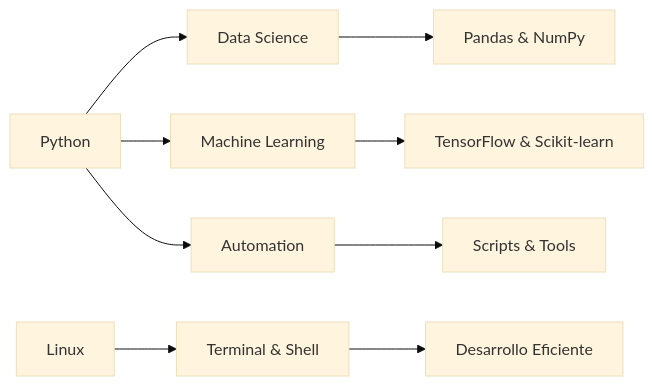
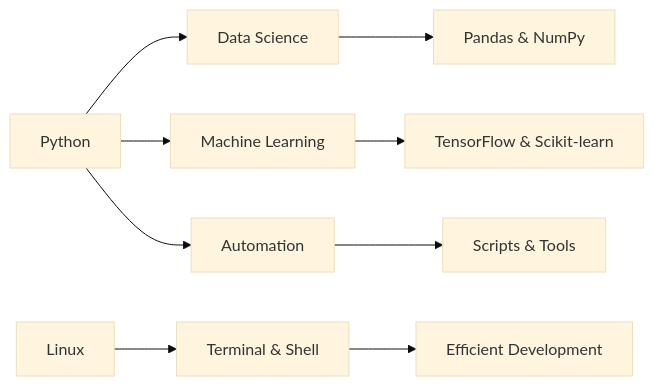
Before and after one commit to xd0pa/xd0pa: the diagram in README.md, drawn with Mermaid (base theme). The commit also changed other lines of this file, not shown here.

````diff
--- a/README.md
+++ b/README.md
@@ -111,11 +114,11 @@
 ```mermaid
 graph LR
     A[Python] --> B[Data Science]
     A --> C[Machine Learning]
     A --> D[Automation]
     B --> E[Pandas & NumPy]
     C --> F[TensorFlow & Scikit-learn]
     D --> G[Scripts & Tools]
     H[Linux] --> I[Terminal & Shell]
-    I --> J[Desarrollo Eficiente]
+    I --> J[Efficient Development]
 ```
````
